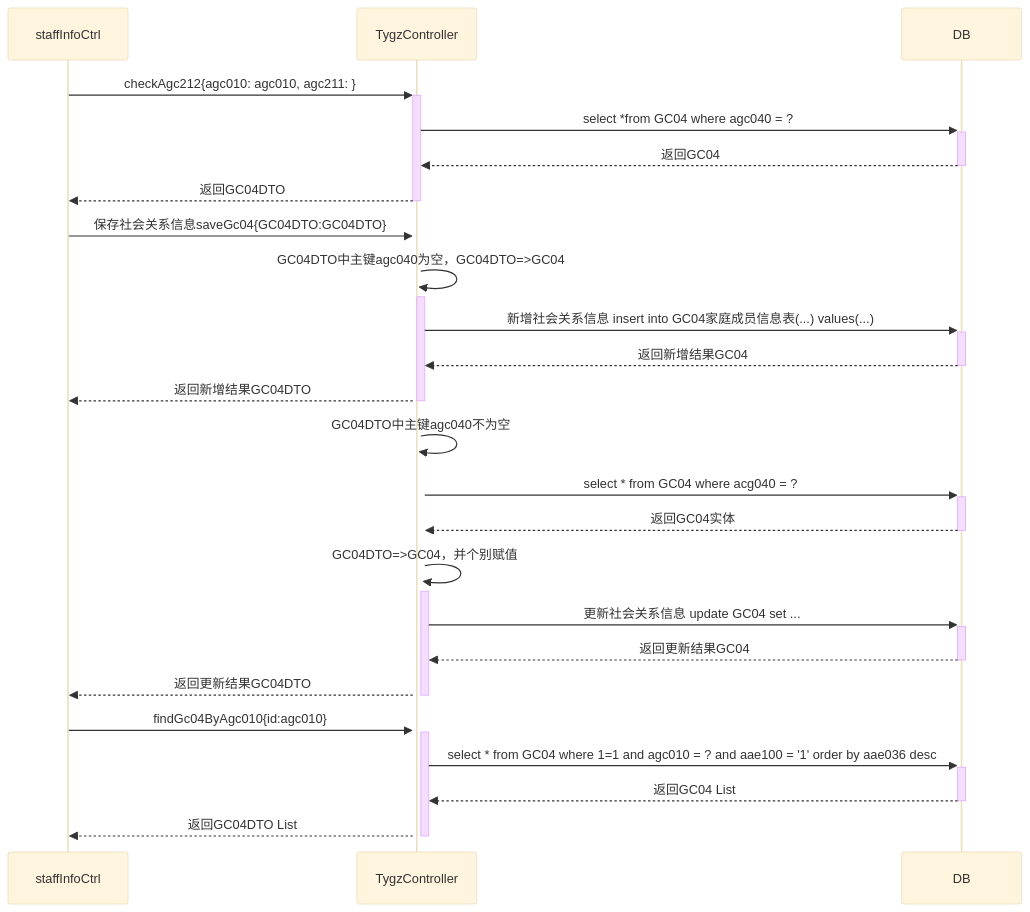
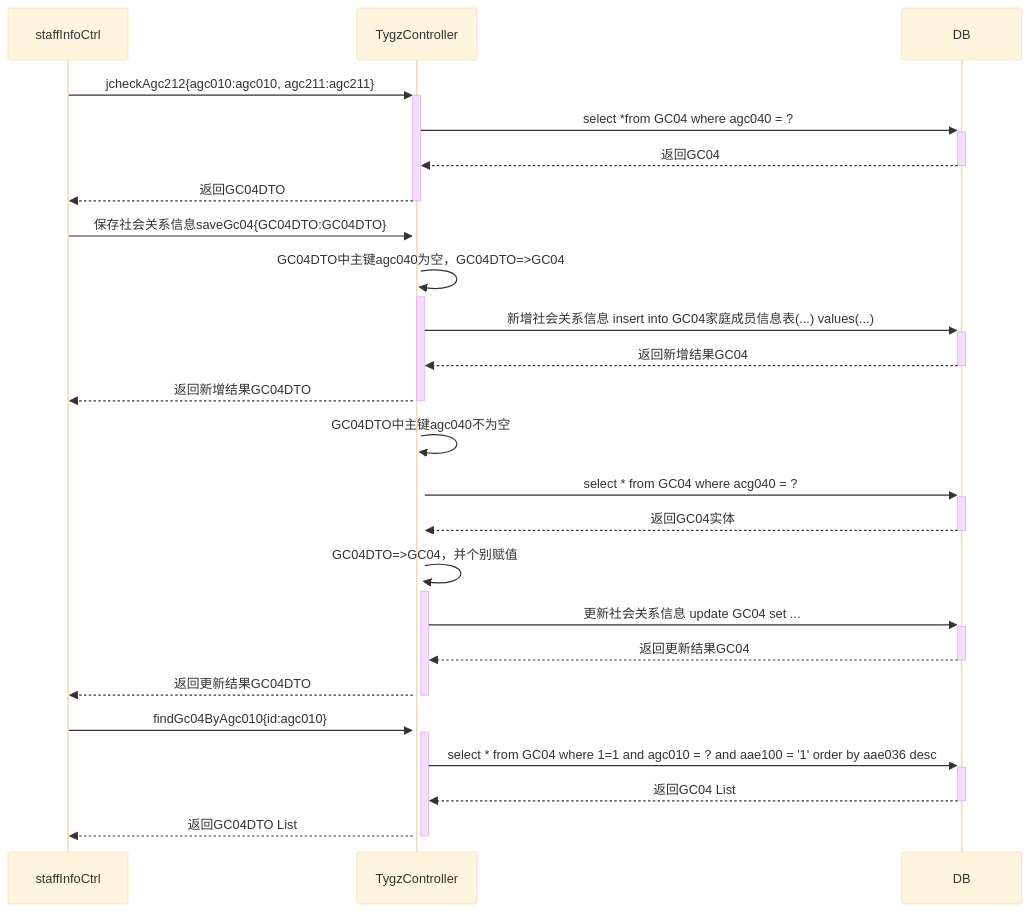
The diagram in all/人员考核信息新增按钮的调用业务流程.md (ZhangJianBeiJing/iodraw-files), drawn with Mermaid (base theme) before and after one commit.

Commit message:
2025-03-25 17:53:16 update

````diff
--- a/all/人员考核信息新增按钮的调用业务流程.md
+++ b/all/人员考核信息新增按钮的调用业务流程.md
@@ -1,24 +1,24 @@
 ```mermaid
 sequenceDiagram
-    staffInfoCtrl->>+TygzController:checkAgc212{agc010: agc010, agc211: }
+    staffInfoCtrl->>+TygzController:jcheckAgc212{agc010:agc010, agc211:agc211}
     TygzController->>+DB:select *from GC04 where agc040 = ?
     DB-->>-TygzController:返回GC04
     TygzController-->>-staffInfoCtrl:返回GC04DTO
     staffInfoCtrl->>+TygzController:保存社会关系信息saveGc04{GC04DTO:GC04DTO}
     TygzController->>+TygzController:GC04DTO中主键agc040为空，GC04DTO=>GC04
     TygzController->>+DB:新增社会关系信息 insert into GC04家庭成员信息表(...) values(...)
     DB-->>-TygzController:返回新增结果GC04
     TygzController-->>-staffInfoCtrl:返回新增结果GC04DTO
     TygzController->>+TygzController:GC04DTO中主键agc040不为空
     TygzController->>+DB:select * from GC04 where acg040 = ?
     DB-->>-TygzController:返回GC04实体
     TygzController->>+TygzController:GC04DTO=>GC04，并个别赋值
     TygzController->>+DB:更新社会关系信息 update GC04 set ...
     DB-->>-TygzController:返回更新结果GC04
     TygzController-->>-staffInfoCtrl:返回更新结果GC04DTO
 
     staffInfoCtrl->>+TygzController:findGc04ByAgc010{id:agc010}
     TygzController->>+DB:select * from GC04 where 1=1 and agc010 = ? and aae100 = '1' order by aae036 desc
     DB-->>-TygzController:返回GC04 List
     TygzController-->>-staffInfoCtrl:返回GC04DTO List
 ```
````
